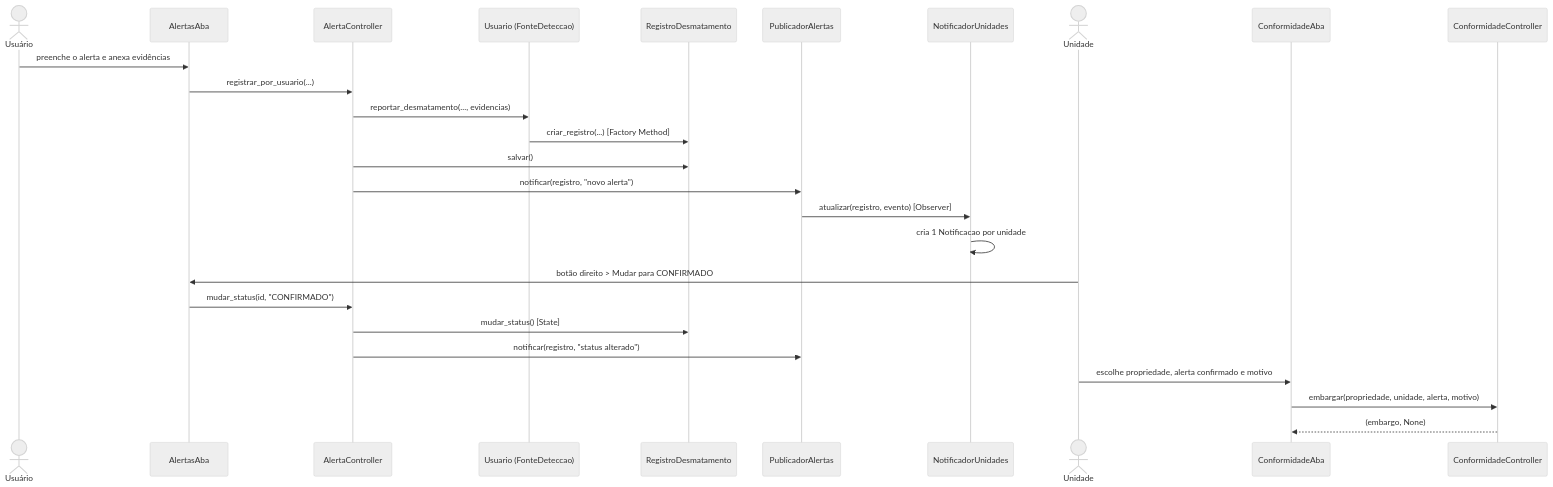
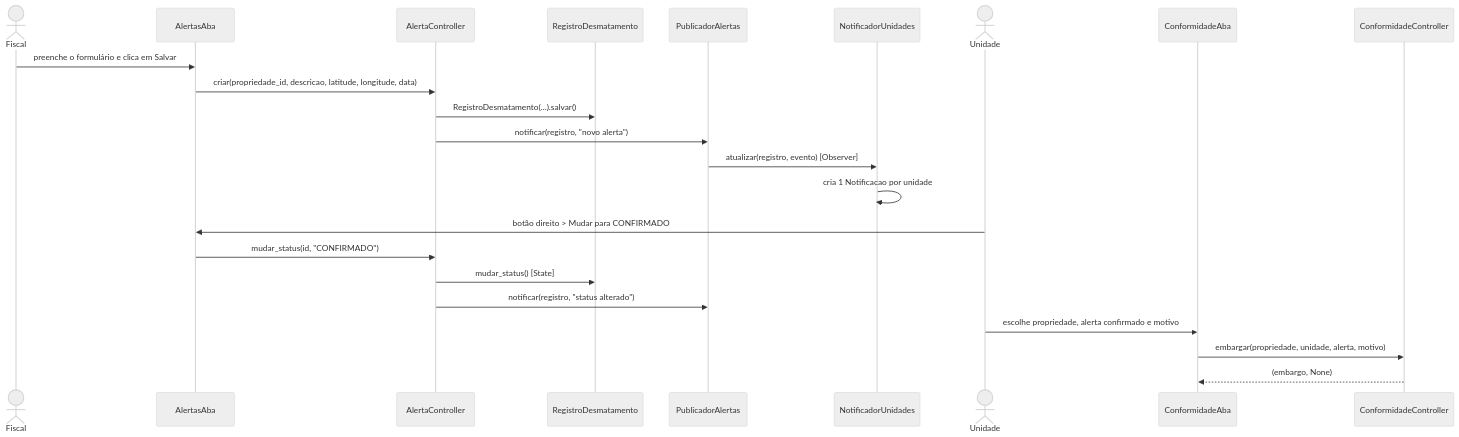
One commit to pedrohrossetto/sys-car changed the third of 7 diagrams in docs/fiscalizacao/diagramas.pt-br.md. Above: the diagram before and after it, drawn with Mermaid (neutral theme). The commit also changed other lines of this file and 8 other files, not shown here.

First line of the commit message:
docs(fiscalizacao): ADR-F11 e F12, diagramas e guia sem as fontes

````diff
--- a/docs/fiscalizacao/diagramas.pt-br.md
+++ b/docs/fiscalizacao/diagramas.pt-br.md
@@ -59,29 +58,26 @@
 ```mermaid
 sequenceDiagram
-    actor Usuario as Usuário
+    actor Fiscal
     participant AA as AlertasAba
     participant AC as AlertaController
-    participant U as Usuario (FonteDeteccao)
     participant R as RegistroDesmatamento
     participant P as PublicadorAlertas
     participant N as NotificadorUnidades
     actor Unidade
     participant CA as ConformidadeAba
     participant CC as ConformidadeController
 
-    Usuario->>AA: preenche o alerta e anexa evidências
-    AA->>AC: registrar_por_usuario(...)
-    AC->>U: reportar_desmatamento(..., evidencias)
-    U->>R: criar_registro(...) [Factory Method]
-    AC->>R: salvar()
+    Fiscal->>AA: preenche o formulário e clica em Salvar
+    AA->>AC: criar(propriedade_id, descricao, latitude, longitude, data)
+    AC->>R: RegistroDesmatamento(...).salvar()
     AC->>P: notificar(registro, "novo alerta")
     P->>N: atualizar(registro, evento) [Observer]
     N->>N: cria 1 Notificacao por unidade
     Unidade->>AA: botão direito > Mudar para CONFIRMADO
     AA->>AC: mudar_status(id, "CONFIRMADO")
     AC->>R: mudar_status() [State]
     AC->>P: notificar(registro, "status alterado")
     Unidade->>CA: escolhe propriedade, alerta confirmado e motivo
     CA->>CC: embargar(propriedade, unidade, alerta, motivo)
     CC-->>CA: (embargo, None)
 ```
````
